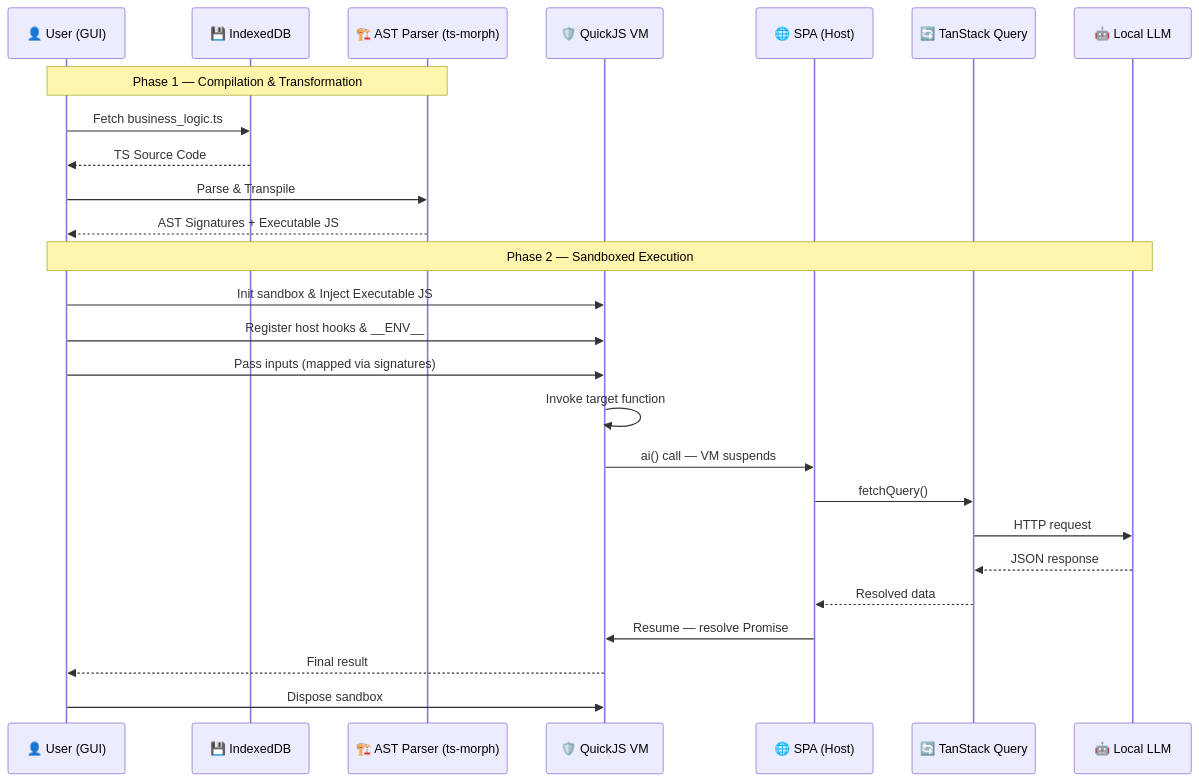
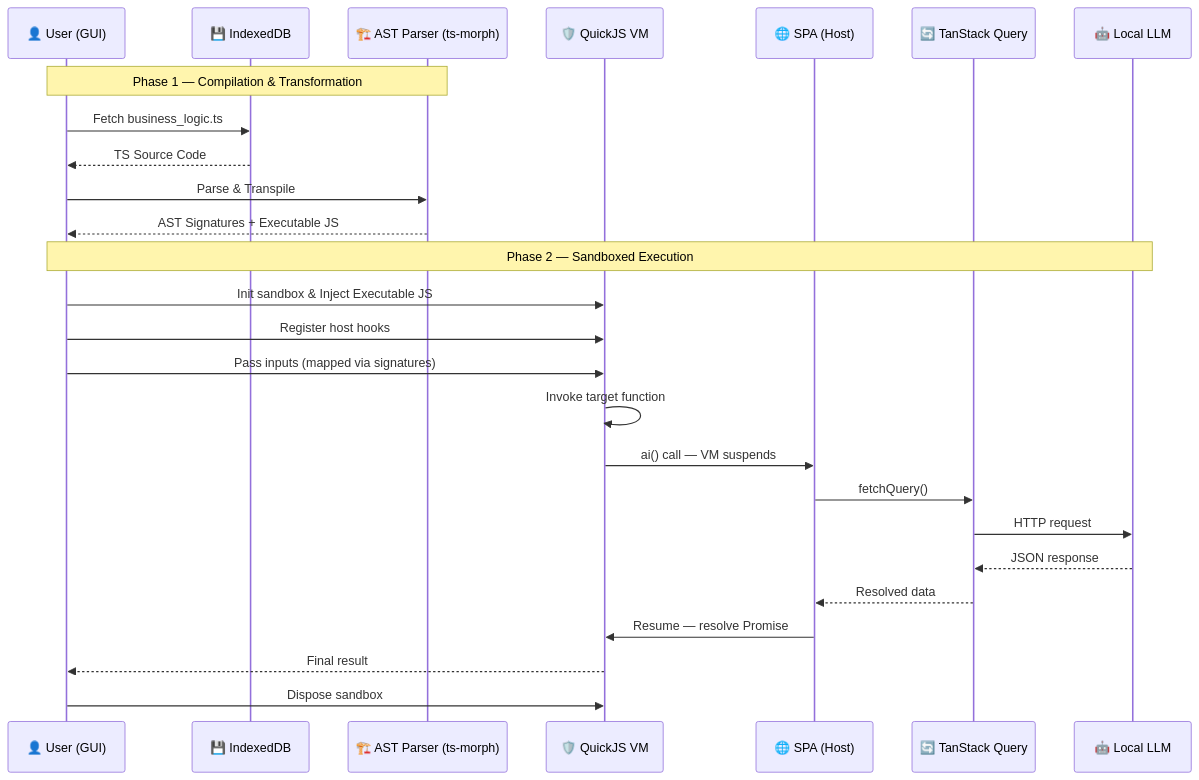
Before and after one commit to rimvydasb/open-modeler-ts: the first of 3 diagrams in docs/ARCHITECTURE.md, drawn with Mermaid. The commit also changed other lines of this file and 2 other files, not shown here.

Commit message:
refactor execution engine documentation: remove envVars from execute method signature and clarify sandbox execution steps

````diff
--- a/docs/ARCHITECTURE.md
+++ b/docs/ARCHITECTURE.md
@@ -50,28 +50,28 @@
 ```mermaid
 sequenceDiagram
     participant User as 👤 User (GUI)
     participant IDB as 💾 IndexedDB
     participant AST as 🏗️ AST Parser (ts-morph)
     participant QJS as 🛡️ QuickJS VM
     participant SPA as 🌐 SPA (Host)
     participant TSQ as 🔄 TanStack Query
     participant LLM as 🤖 Local LLM
     Note over User, AST: Phase 1 — Compilation & Transformation
     User ->> IDB: Fetch business_logic.ts
     IDB -->> User: TS Source Code
     User ->> AST: Parse & Transpile
     AST -->> User: AST Signatures + Executable JS
     Note over User, LLM: Phase 2 — Sandboxed Execution
     User ->> QJS: Init sandbox & Inject Executable JS
-    User ->> QJS: Register host hooks & __ENV__
+    User ->> QJS: Register host hooks
     User ->> QJS: Pass inputs (mapped via signatures)
     QJS ->> QJS: Invoke target function
     QJS ->> SPA: ai() call — VM suspends
     SPA ->> TSQ: fetchQuery()
     TSQ ->> LLM: HTTP request
     LLM -->> TSQ: JSON response
     TSQ -->> SPA: Resolved data
     SPA ->> QJS: Resume — resolve Promise
     QJS -->> User: Final result
     User ->> QJS: Dispose sandbox
 ```
````
